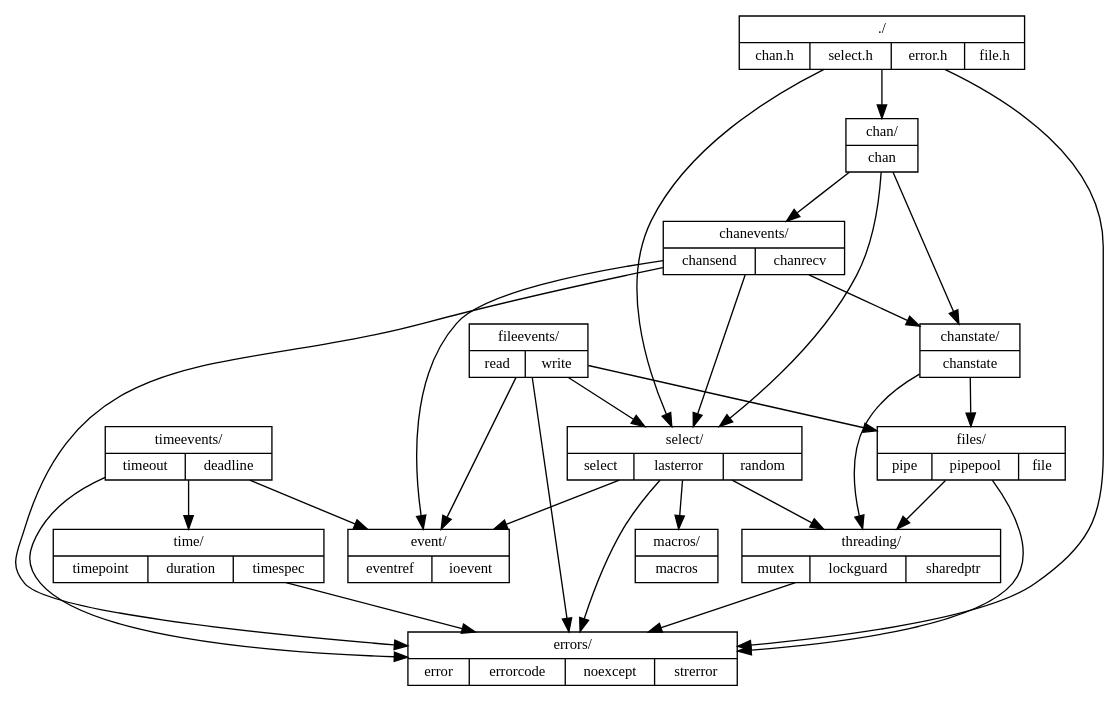
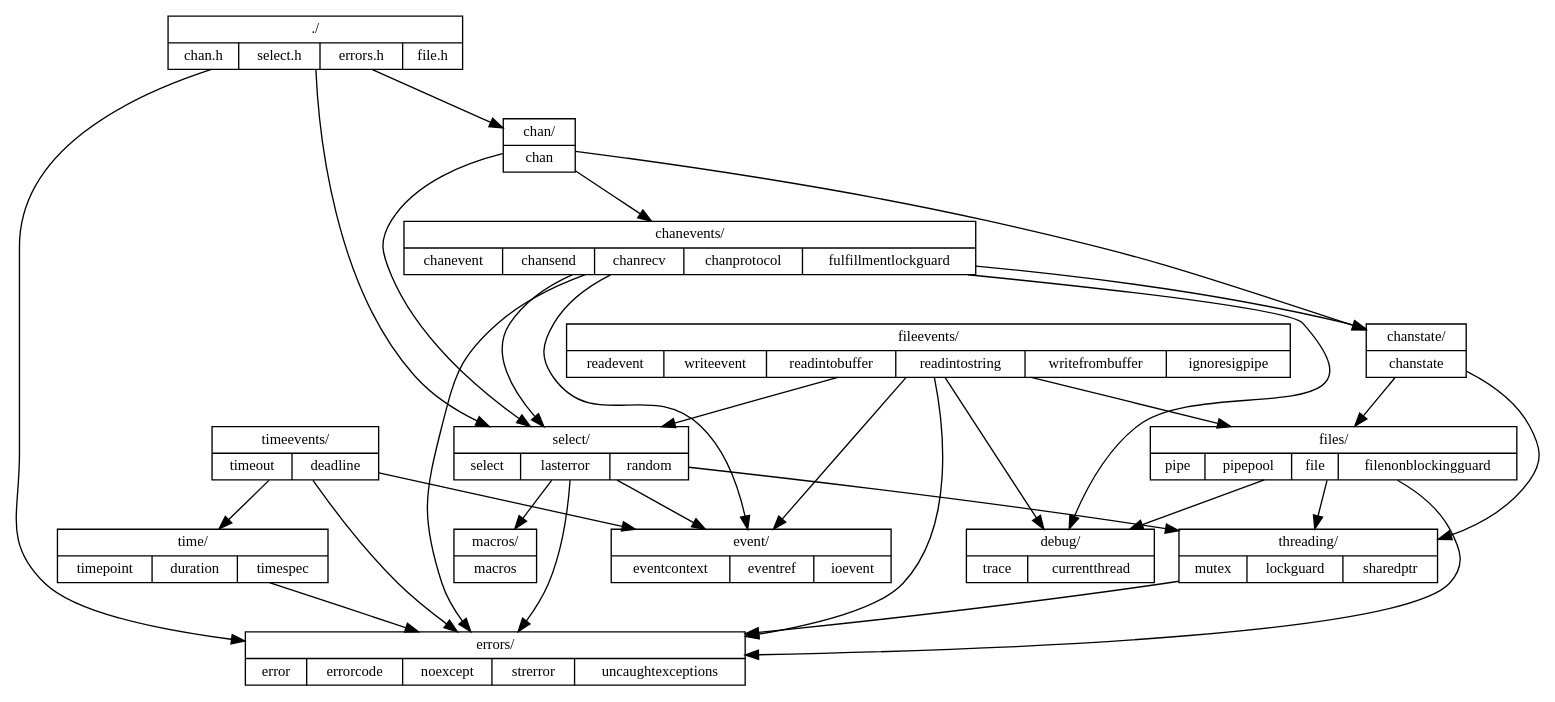
The diagram in src/chan/dependencies.dot (dgoffredo/chan), drawn with Graphviz before and after one commit. The commit also changed 3 other files, not shown here.

```diff
--- a/src/chan/dependencies.dot
+++ b/src/chan/dependencies.dot
@@ -1,54 +1,59 @@
 digraph structs {
     node [shape=record, fontsize=11];
 
-    root       [label="{./|{chan.h|select.h|error.h|file.h}}"];
+    root       [label="{./|{chan.h|select.h|errors.h|file.h}}"];
     chan       [label="{chan/|{chan}}"];
-    chanevents [label="{chanevents/|{chansend|chanrecv}}"];
+    chanevents [label="{chanevents/|{chanevent|chansend|chanrecv|chanprotocol|fulfillmentlockguard}}"];
     chanstate  [label="{chanstate/|{chanstate}}"];
-    fileevents [label="{fileevents/|{read|write}}"];
-    files      [label="{files/|{pipe|pipepool|file}}"];
+    fileevents [label="{fileevents/|{readevent|writeevent|readintobuffer|readintostring|writefrombuffer|ignoresigpipe}}"];
+    files      [label="{files/|{pipe|pipepool|file|filenonblockingguard}}"];
     select     [label="{select/|{select|lasterror|random}}"];
-    errors     [label="{errors/|{error|errorcode|noexcept|strerror}}"];
+    errors     [label="{errors/|{error|errorcode|noexcept|strerror|uncaughtexceptions}}"];
     threading  [label="{threading/|{mutex|lockguard|sharedptr}}"];
-    event      [label="{event/|{eventref|ioevent}}"];
+    event      [label="{event/|{eventcontext|eventref|ioevent}}"];
     macros     [label="{macros/|{macros}}"];
     time       [label="{time/|{timepoint|duration|timespec}}"];
     timeevents [label="{timeevents/|{timeout|deadline}}"];
+    debug      [label="{debug/|{trace|currentthread}}"];
 
     root -> chan;
     root -> errors;
     root -> select;
+
+    chanevents -> debug
+    fileevents -> debug
+    files -> debug
 
     chan -> chanevents;
     chan -> chanstate;
     chan -> select;
 
     chanevents -> chanstate;
     chanevents -> event;
     chanevents -> errors;
     chanevents -> select;
     
     chanstate -> files;
     chanstate -> threading;
 
     fileevents -> files;
     fileevents -> event;
     fileevents -> errors;
     fileevents -> select;
 
     files -> errors;
     files -> threading;
 
     select -> threading;
     select -> errors;
     select -> event;
     select -> macros;
 
     time -> errors;
     
     timeevents -> time;
     timeevents -> event;
     timeevents -> errors;
 
     threading -> errors;
 }
```
